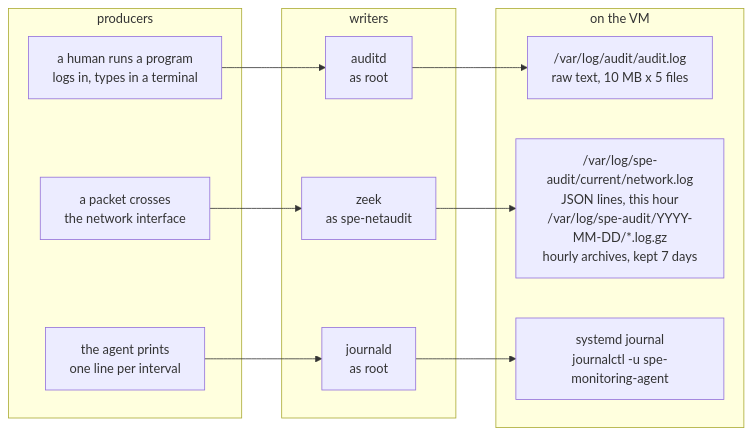
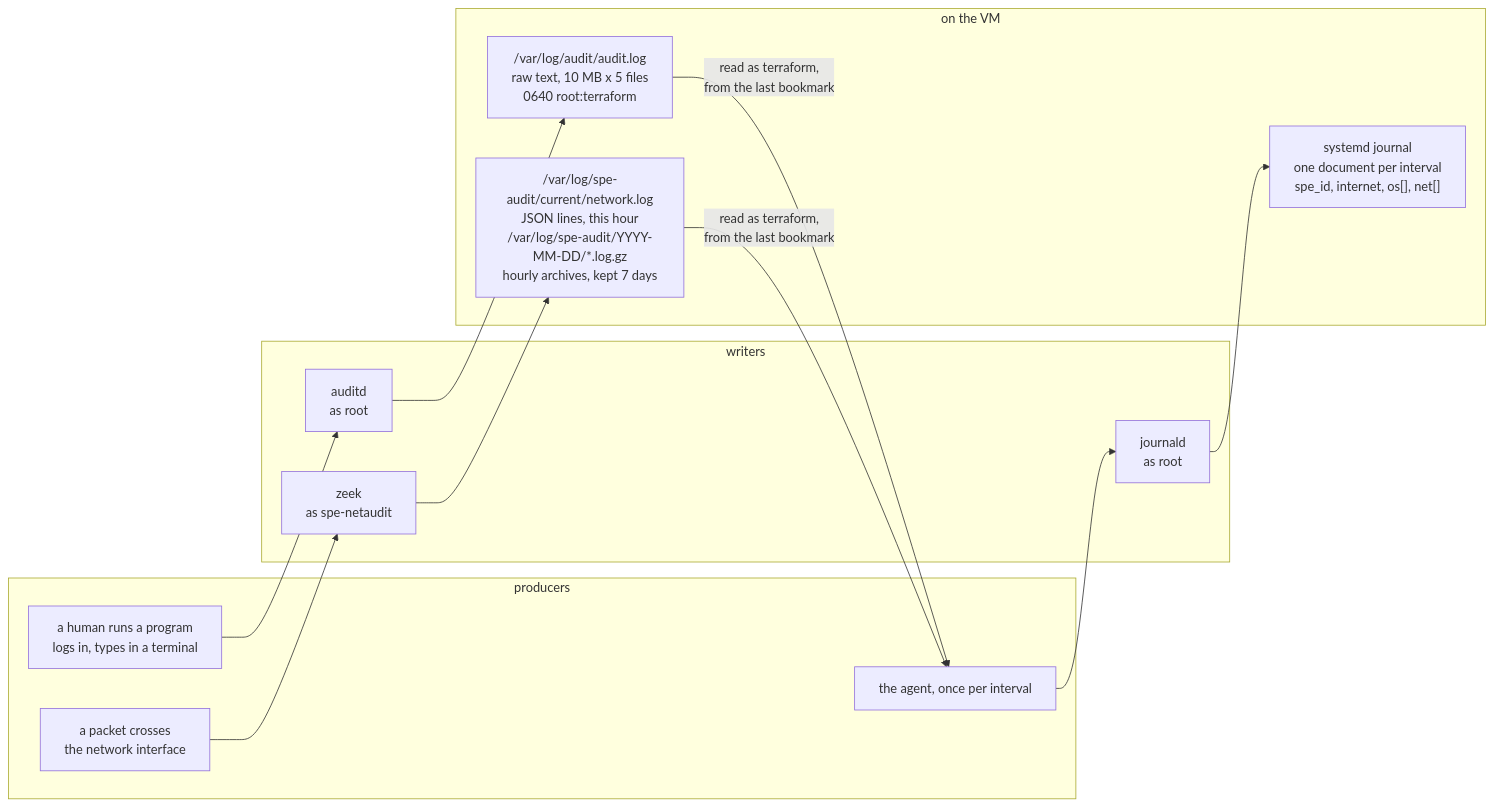
Before and after one commit to JorgeIvanJH/Infrastructure-as-Code: the fourth of 5 diagrams in 06-spe-multicloud-gcp-aws/HOW-THE-SPE-WORKS.md, drawn with Mermaid. The commit also changed other lines of this file and 14 other files, not shown here.

```diff
--- a/06-spe-multicloud-gcp-aws/HOW-THE-SPE-WORKS.md
+++ b/06-spe-multicloud-gcp-aws/HOW-THE-SPE-WORKS.md
@@ -119,21 +123,23 @@
 ~~~mermaid
 flowchart LR
     subgraph producers
         P1["a human runs a program<br>logs in, types in a terminal"]
         P2["a packet crosses<br>the network interface"]
-        P3["the agent prints<br>one line per interval"]
+        P3["the agent, once per interval"]
     end
     subgraph writers
         W1["auditd<br>as root"]
         W2["zeek<br>as spe-netaudit"]
         W3["journald<br>as root"]
     end
     subgraph disk["on the VM"]
-        F1["/var/log/audit/audit.log<br>raw text, 10 MB x 5 files"]
+        F1["/var/log/audit/audit.log<br>raw text, 10 MB x 5 files<br>0640 root:terraform"]
         F2["/var/log/spe-audit/current/network.log<br>JSON lines, this hour<br>/var/log/spe-audit/YYYY-MM-DD/*.log.gz<br>hourly archives, kept 7 days"]
-        F3["systemd journal<br>journalctl -u spe-monitoring-agent"]
+        F3["systemd journal<br>one document per interval<br>spe_id, internet, os[], net[]"]
     end
     P1 --> W1 --> F1
     P2 --> W2 --> F2
+    F1 -- "read as terraform,<br>from the last bookmark" --> P3
+    F2 -- "read as terraform,<br>from the last bookmark" --> P3
     P3 --> W3 --> F3
 ~~~
```
